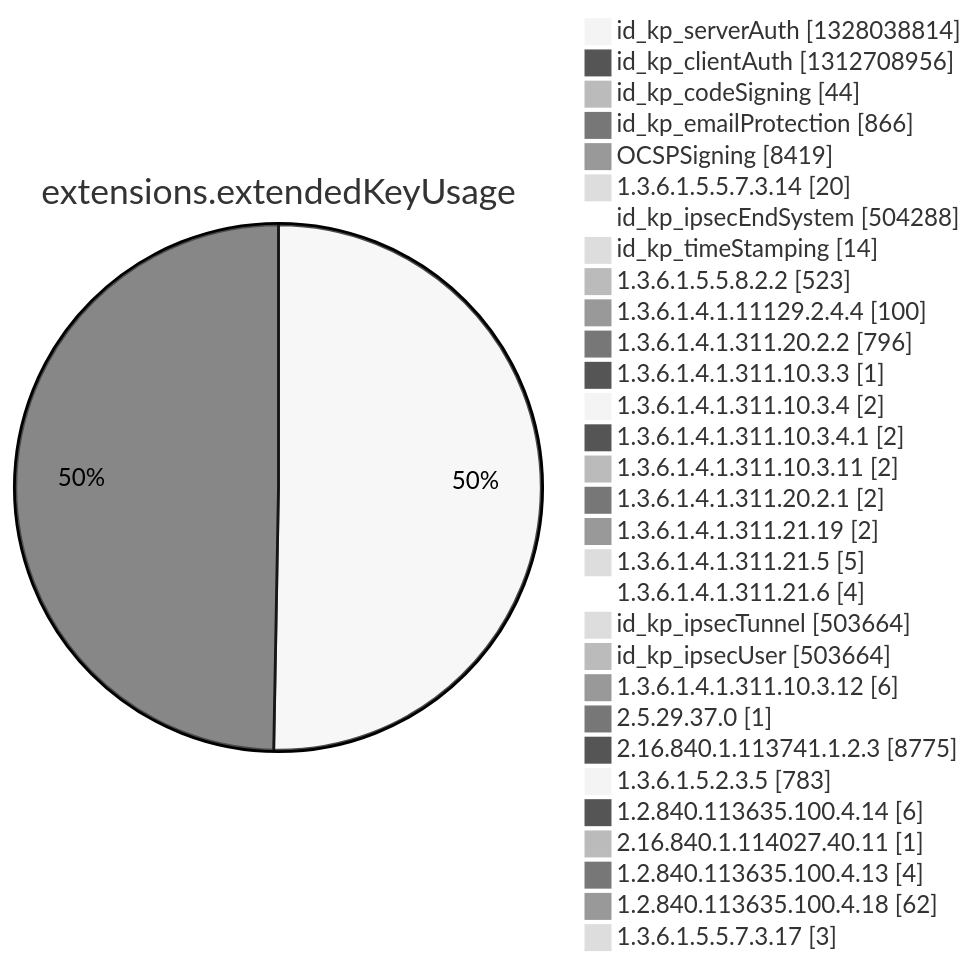
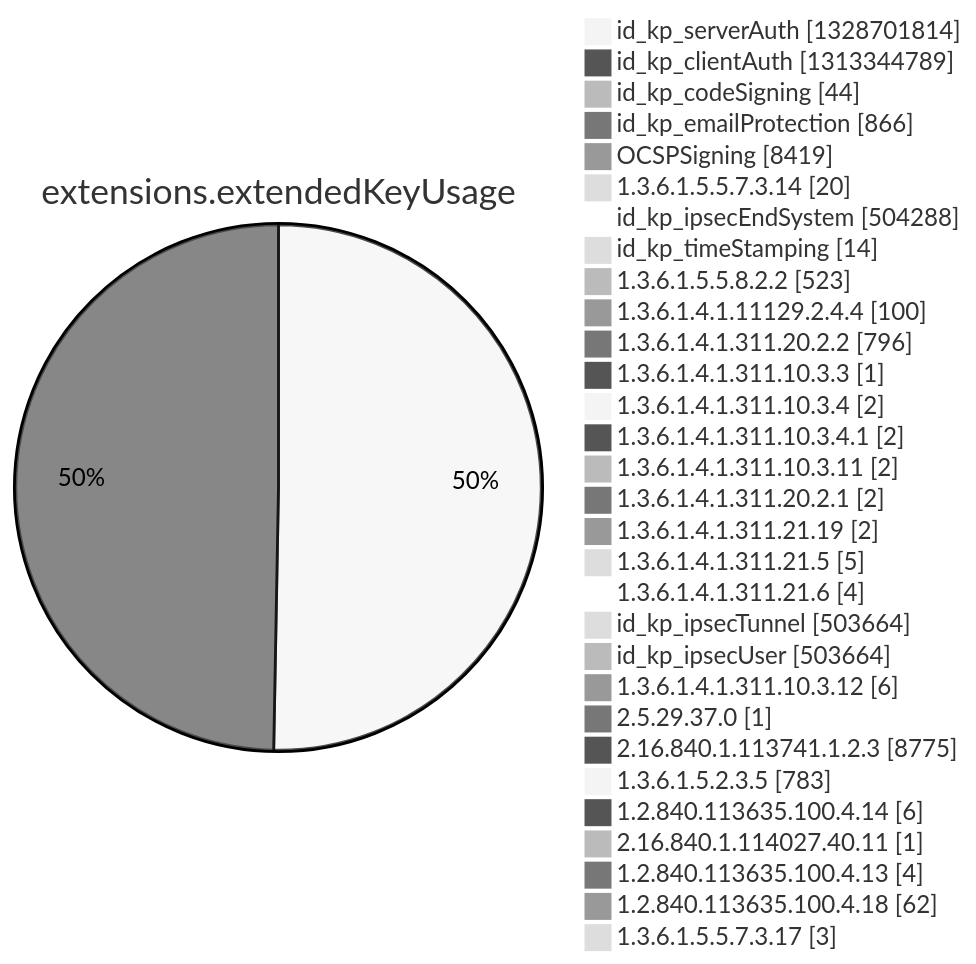
Before and after one commit to christiankrug/ctmonitor_visualization: diagram 12 of 15 in argon2022/README.md, drawn with Mermaid (neutral theme). The commit also changed other lines of this file, not shown here.

````diff
--- a/argon2022/README.md
+++ b/argon2022/README.md
@@ -3553,34 +3553,34 @@
 ```mermaid
 pie showData
 title extensions.extendedKeyUsage
-"id_kp_serverAuth" :1328038814
-"id_kp_clientAuth" :1312708956
+"id_kp_serverAuth" :1328701814
+"id_kp_clientAuth" :1313344789
 "id_kp_codeSigning" :44
 "id_kp_emailProtection" :866
 "OCSPSigning" :8419
 "1.3.6.1.5.5.7.3.14" :20
 "id_kp_ipsecEndSystem" :504288
 "id_kp_timeStamping" :14
 "1.3.6.1.5.5.8.2.2" :523
 "1.3.6.1.4.1.11129.2.4.4" :100
 "1.3.6.1.4.1.311.20.2.2" :796
 "1.3.6.1.4.1.311.10.3.3" :1
 "1.3.6.1.4.1.311.10.3.4" :2
 "1.3.6.1.4.1.311.10.3.4.1" :2
 "1.3.6.1.4.1.311.10.3.11" :2
 "1.3.6.1.4.1.311.20.2.1" :2
 "1.3.6.1.4.1.311.21.19" :2
 "1.3.6.1.4.1.311.21.5" :5
 "1.3.6.1.4.1.311.21.6" :4
 "id_kp_ipsecTunnel" :503664
 "id_kp_ipsecUser" :503664
 "1.3.6.1.4.1.311.10.3.12" :6
 "2.5.29.37.0" :1
 "2.16.840.1.113741.1.2.3" :8775
 "1.3.6.1.5.2.3.5" :783
 "1.2.840.113635.100.4.14" :6
 "2.16.840.1.114027.40.11" :1
 "1.2.840.113635.100.4.13" :4
 "1.2.840.113635.100.4.18" :62
 "1.3.6.1.5.5.7.3.17" :3
 ```
````
